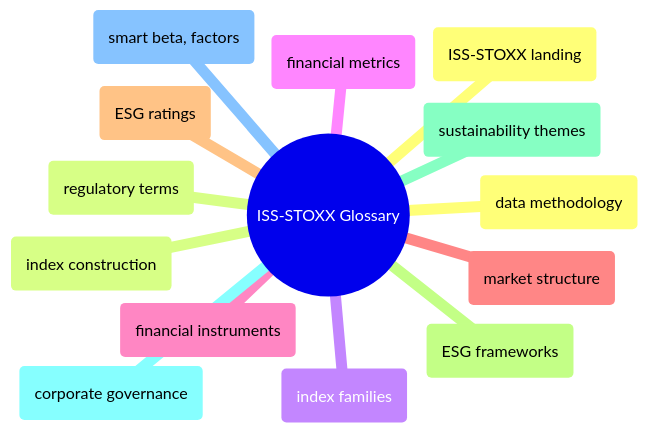
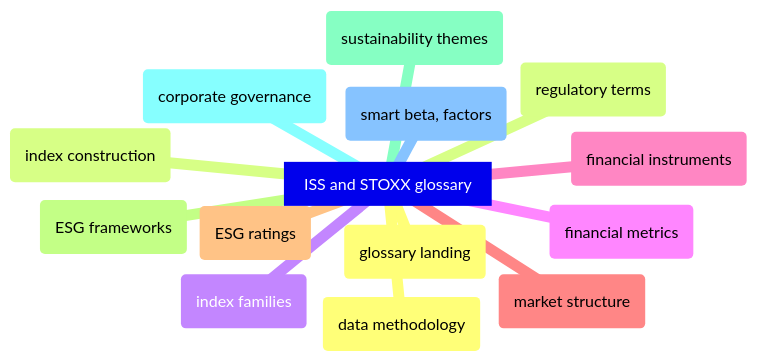
The diagram in content/18-Financial-Domain/Domains/domain-iss-stoxx-glossary.md (alp78/elysium), drawn with Mermaid before and after one commit. The commit also changed 5 other files, not shown here.

````diff
--- a/content/18-Financial-Domain/Domains/domain-iss-stoxx-glossary.md
+++ b/content/18-Financial-Domain/Domains/domain-iss-stoxx-glossary.md
@@ -14,17 +14,17 @@
 ```mermaid
 mindmap
-  ((ISS-STOXX Glossary))
-    (ISS-STOXX landing)
+  root["ISS and STOXX glossary"]
+    (glossary landing)
     (index construction)
     (index families)
     (financial metrics)
     (financial instruments)
     (market structure)
     (ESG ratings)
     (ESG frameworks)
     (sustainability themes)
     (corporate governance)
     (smart beta, factors)
     (data methodology)
     (regulatory terms)
 ```
````
